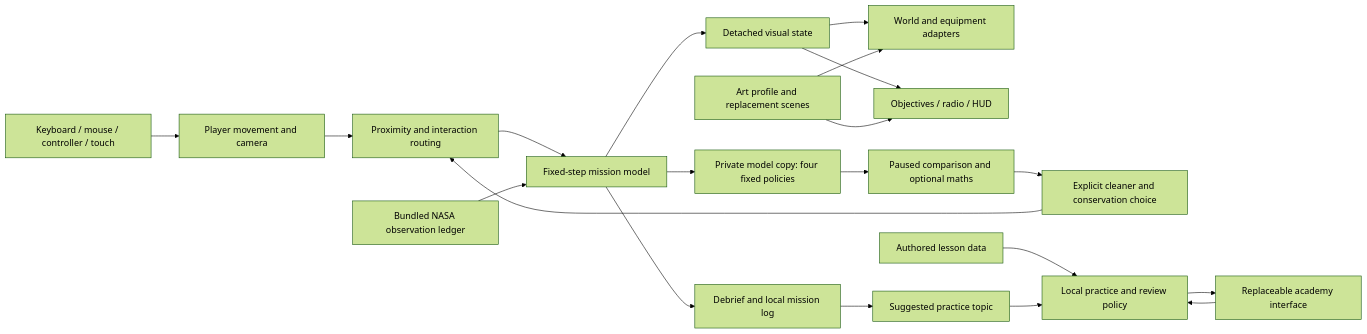
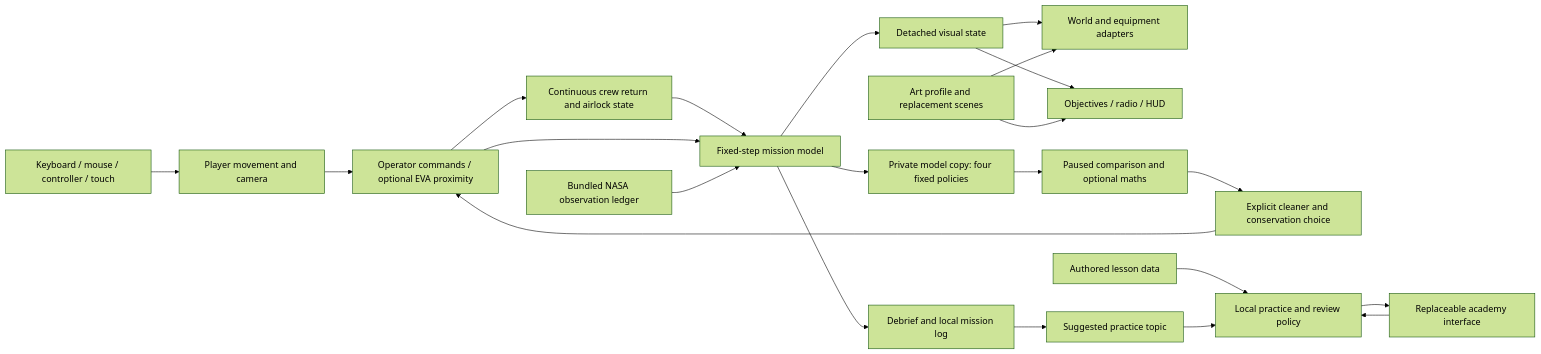
Before and after one commit to roshaninfordham/NASA-SPACE-APPS-HACKATHON-2026: the diagram in docs/ARCHITECTURE.md, drawn with Mermaid (forest theme). The commit also changed other lines of this file and 73 other files, not shown here.

````diff
--- a/docs/ARCHITECTURE.md
+++ b/docs/ARCHITECTURE.md
@@ -9,22 +9,24 @@
 ```mermaid
 flowchart LR
   Input[Keyboard / mouse / controller / touch] --> Player[Player movement and camera]
-  Player --> Interactions[Proximity and interaction routing]
+  Player --> Interactions[Operator commands / optional EVA proximity]
+  Interactions --> Rescue[Continuous crew return and airlock state]
+  Rescue --> Model
   Interactions --> Model[Fixed-step mission model]
   Sources[Bundled NASA observation ledger] --> Model
   Model --> Snapshot[Detached visual state]
   Snapshot --> World[World and equipment adapters]
   Snapshot --> HUD[Objectives / radio / HUD]
   Art[Art profile and replacement scenes] --> World
   Art --> HUD
   Model --> Projection[Private model copy: four fixed policies]
   Projection --> Planner[Paused comparison and optional maths]
   Planner --> Intent[Explicit cleaner and conservation choice]
   Intent --> Interactions
   Model --> Debrief[Debrief and local mission log]
   Debrief --> Support[Suggested practice topic]
   Lessons[Authored lesson data] --> Tutor[Local practice and review policy]
   Support --> Tutor
   Tutor --> Academy[Replaceable academy interface]
   Academy --> Tutor
 ```
````
